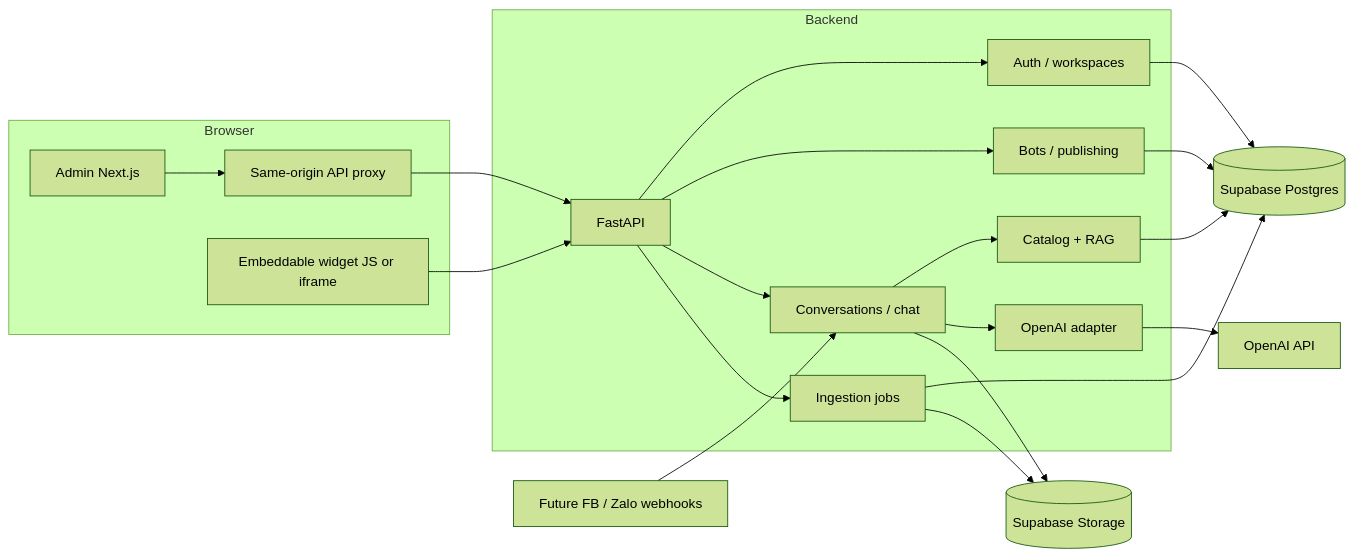
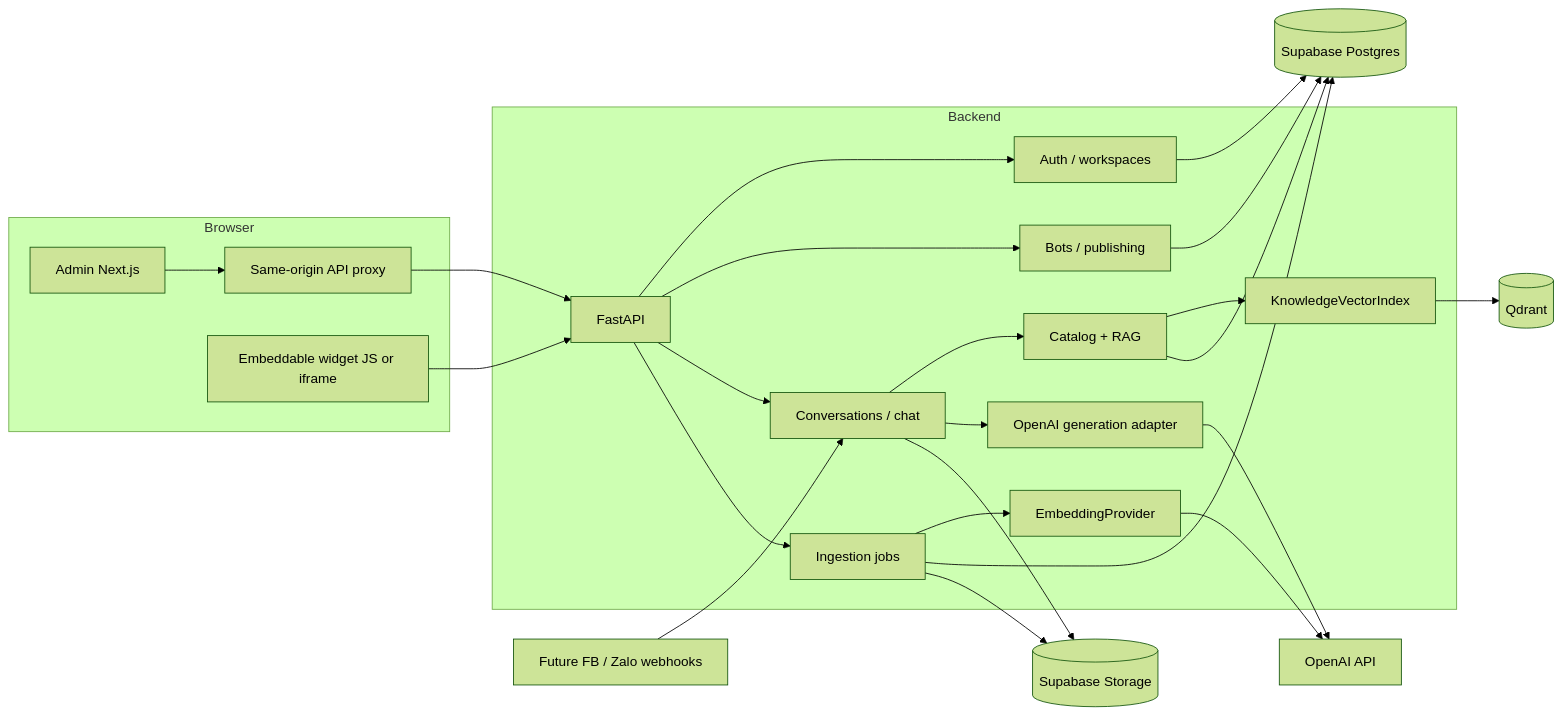
The diagram in docs/architecture/system-context.md (nmNDiem/agent-hub), drawn with Mermaid (forest theme) before and after one commit. The commit also changed other lines of this file and 26 other files, not shown here.

First line of the commit message:
docs(architecture): adopt Qdrant embedding index

````diff
--- a/docs/architecture/system-context.md
+++ b/docs/architecture/system-context.md
@@ -3,25 +3,29 @@
 ```mermaid
 flowchart LR
  subgraph Browser
   A[Admin Next.js] --> P[Same-origin API proxy]
   W[Embeddable widget JS or iframe]
  end
  P --> F[FastAPI]
  W --> F
  subgraph Backend
   F --> AUTH[Auth / workspaces]
   F --> BOT[Bots / publishing]
   F --> CHAT[Conversations / chat]
   CHAT --> SEARCH[Catalog + RAG]
   F --> DOC[Ingestion jobs]
-  CHAT --> MODEL[OpenAI adapter]
+  CHAT --> MODEL[OpenAI generation adapter]
+  DOC --> EMBED[EmbeddingProvider]
+  SEARCH --> VECTOR[KnowledgeVectorIndex]
  end
  AUTH --> DB[(Supabase Postgres)]
  BOT --> DB
  SEARCH --> DB
  DOC --> DB
  DOC --> STORE[(Supabase Storage)]
  CHAT --> STORE
+ EMBED --> OAI
+ VECTOR --> QDRANT[(Qdrant)]
  MODEL --> OAI[OpenAI API]
  FUT[Future FB / Zalo webhooks] --> CHAT
 ```
````
